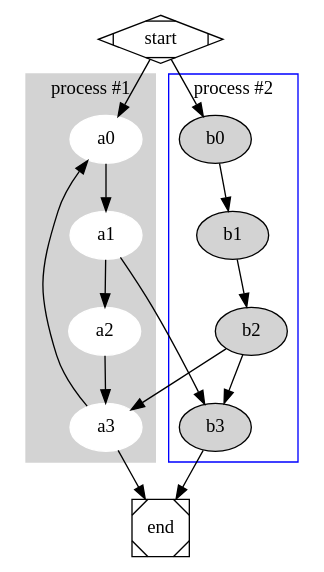
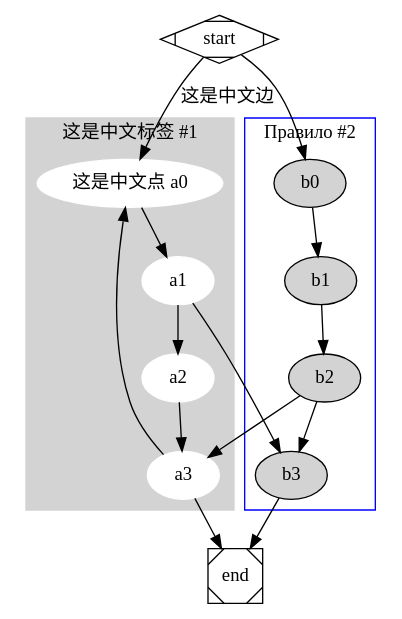
Before and after one commit to HansBug/BUAAthesis: the diagram in data/diagrams/helloworld.gv, drawn with Graphviz.

Commit message:
dev(hansbug): update the chinese gv graph

```diff
--- a/data/diagrams/helloworld.gv
+++ b/data/diagrams/helloworld.gv
@@ -1,27 +1,34 @@
 digraph G {
+  # graphviz默认字体为英文字体，不支持中文
+  # 因此若使用中文，则需要手动设置现有支持中文的字体
+  # SimSun -- 宋体
+  fontname="SimSun";
+  edge [fontname="SimSun"];
+  node [fontname="SimSun"];
 
   subgraph cluster_0 {
     style=filled;
     color=lightgrey;
     node [style=filled,color=white];
     a0 -> a1 -> a2 -> a3;
-    label = "process #1";
+    a0 [label="这是中文点 a0"]
+    label="这是中文标签 #1";
   }
 
   subgraph cluster_1 {
     node [style=filled];
     b0 -> b1 -> b2 -> b3;
-    label = "process #2";
+    label="Правило #2";
     color=blue
   }
-  start -> a0;
+  start -> a0 [label="这是中文边"];
   start -> b0;
   a1 -> b3;
   b2 -> a3;
   a3 -> a0;
   a3 -> end;
   b3 -> end;
 
   start [shape=Mdiamond];
   end [shape=Msquare];
 }
```
